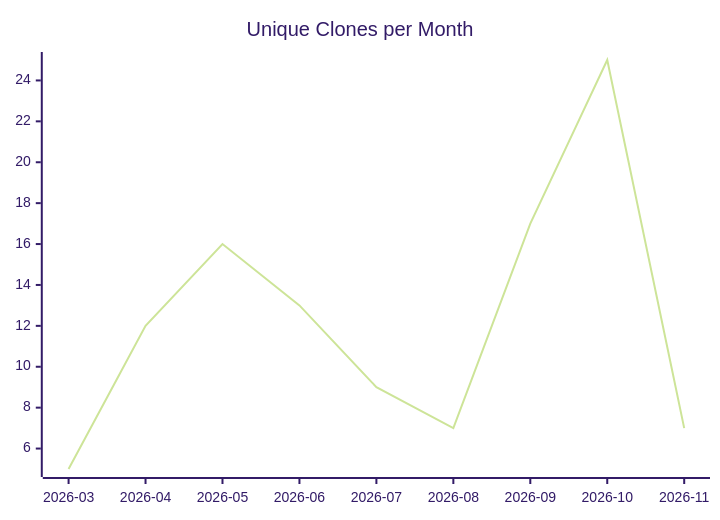
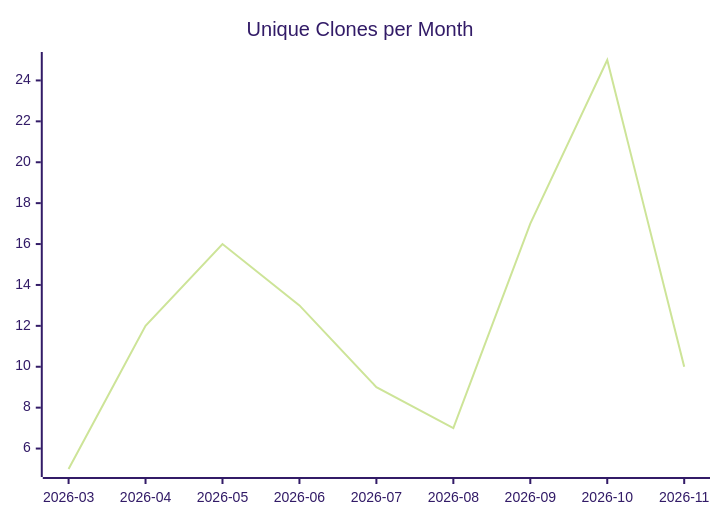
Before and after one commit to justdavis-family/github-analytics-data: the third of 3 diagrams in karlmdavis/justdavis-karl/README.md, drawn with Mermaid (forest theme). The commit also changed other lines of this file and 193 other files, not shown here.

````diff
--- a/karlmdavis/justdavis-karl/README.md
+++ b/karlmdavis/justdavis-karl/README.md
@@ -19,6 +19,6 @@
 ```mermaid
 xychart-beta
   title "Unique Clones per Month"
   x-axis ["2026-03", "2026-04", "2026-05", "2026-06", "2026-07", "2026-08", "2026-09", "2026-10", "2026-11"]
-  line [5, 12, 16, 13, 9, 7, 17, 25, 7]
+  line [5, 12, 16, 13, 9, 7, 17, 25, 10]
 ```
````
